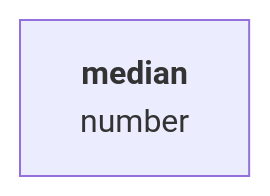
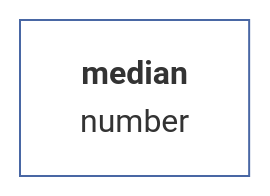
The ninth of 23 diagrams in docs/en-GB/vector.md (muzikp/retusa), drawn with Mermaid before and after one commit. The commit also changed other lines of this file and 17 other files, not shown here.

````diff
--- a/docs/en-GB/vector.md
+++ b/docs/en-GB/vector.md
@@ -234,4 +258,7 @@
 ```mermaid
 graph TD
-A[<b>median<br></b>number]
+median[<b>median<br></b>number]
+style median fill:#FFFFFF;
+style median stroke:#4967A4;
+
 ```
````
